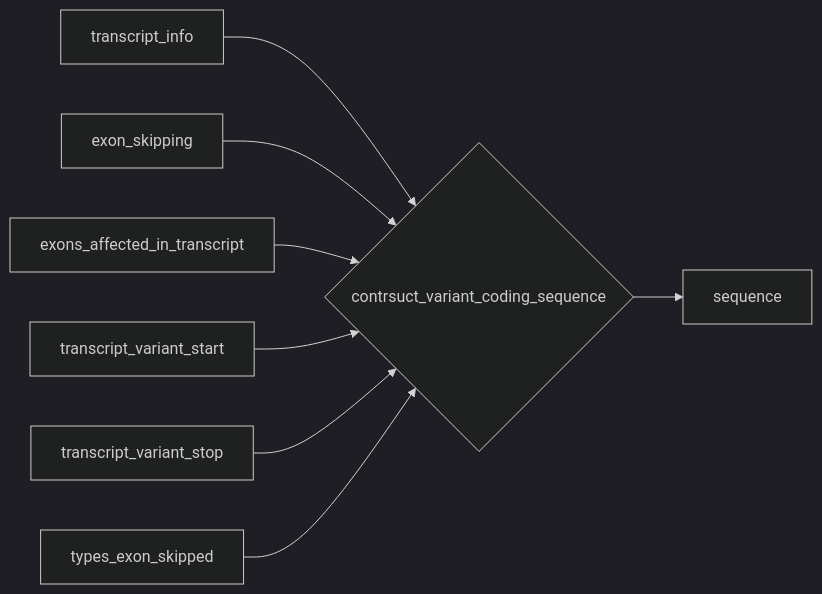
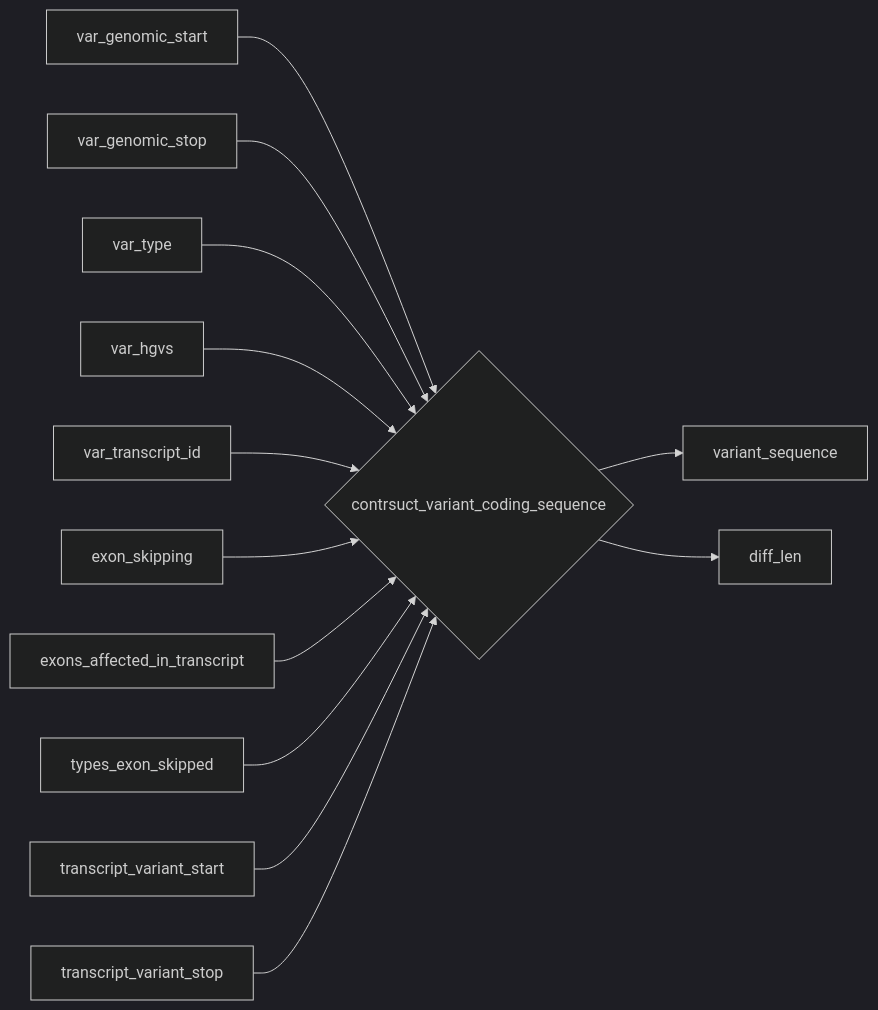
The ninth of 14 diagrams in Software_design/Mermaid.org (akatzke/HerediClassify), drawn with Mermaid (dark theme) before and after one commit. The commit also changed other lines of this file and 8 other files, not shown here.

```diff
--- a/Software_design/Mermaid.org
+++ b/Software_design/Mermaid.org
@@ -163,10 +196,15 @@
 #+begin_src mermaid :file reconstruct_variant_coding_sequence.png
 flowchart LR
-   transcript_info --> cvs{contrsuct_variant_coding_sequence}
-   cvs --> sequence
+   cvs --> variant_sequence
+   cvs --> diff_len
+   var_genomic_start --> cvs{contrsuct_variant_coding_sequence}
+   var_genomic_stop --> cvs
+   var_type --> cvs
+   var_hgvs --> cvs
+   var_transcript_id --> cvs
    exon_skipping --> cvs
    exons_affected_in_transcript --> cvs
+   types_exon_skipped --> cvs
    transcript_variant_start --> cvs
    transcript_variant_stop --> cvs
-   types_exon_skipped --> cvs
 #+end_src
```
